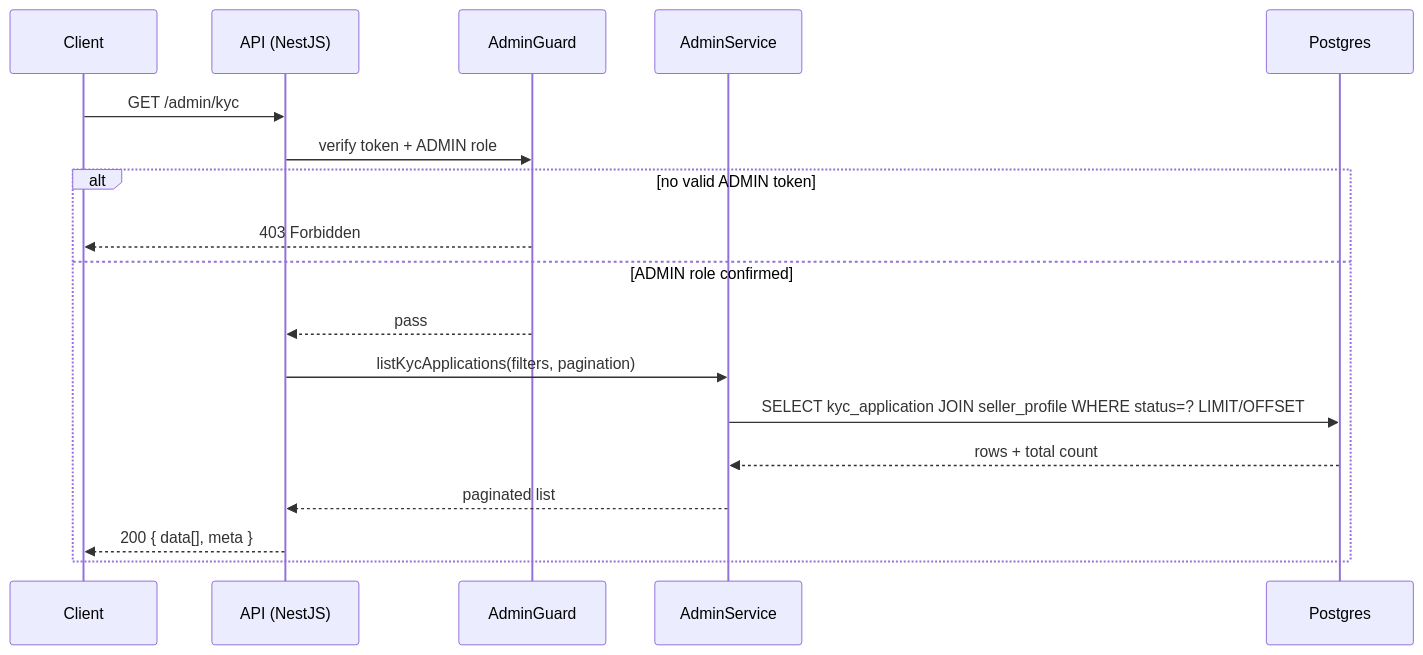
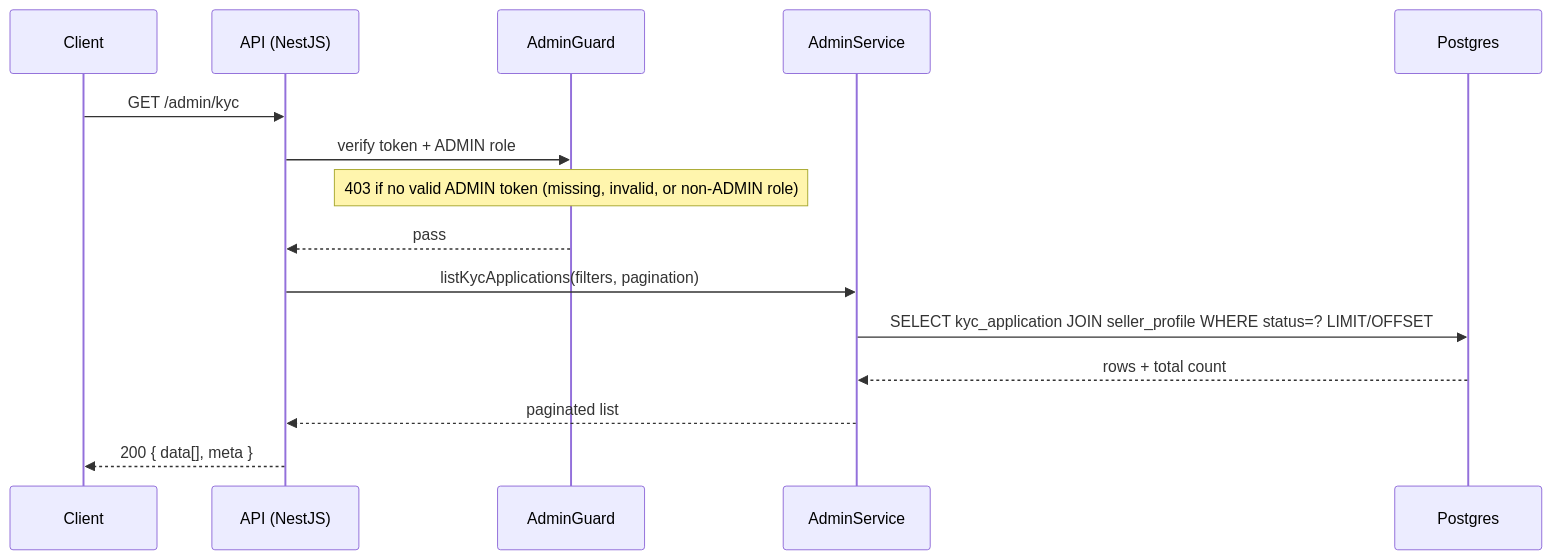
Before and after one commit to alisa-uthi/aliceut-ecom-document: the first of 12 diagrams in phase-1/technical-design/api-design/admin.md, drawn with Mermaid. The commit also changed other lines of this file and 35 other files, not shown here.

````diff
--- a/phase-1/technical-design/api-design/admin.md
+++ b/phase-1/technical-design/api-design/admin.md
@@ -88,21 +88,18 @@
 ```mermaid
 sequenceDiagram
     participant C as Client
     participant API as API (NestJS)
     participant G as AdminGuard
     participant S as AdminService
     participant PG as Postgres
 
     C->>API: GET /admin/kyc
     API->>G: verify token + ADMIN role
-    alt no valid ADMIN token
-        G-->>C: 403 Forbidden
-    else ADMIN role confirmed
-        G-->>API: pass
-        API->>S: listKycApplications(filters, pagination)
-        S->>PG: SELECT kyc_application JOIN seller_profile WHERE status=? LIMIT/OFFSET
-        PG-->>S: rows + total count
-        S-->>API: paginated list
-        API-->>C: 200 { data[], meta }
-    end
+    Note over G: 403 if no valid ADMIN token (missing, invalid, or non-ADMIN role)
+    G-->>API: pass
+    API->>S: listKycApplications(filters, pagination)
+    S->>PG: SELECT kyc_application JOIN seller_profile WHERE status=? LIMIT/OFFSET
+    PG-->>S: rows + total count
+    S-->>API: paginated list
+    API-->>C: 200 { data[], meta }
 ```
````
